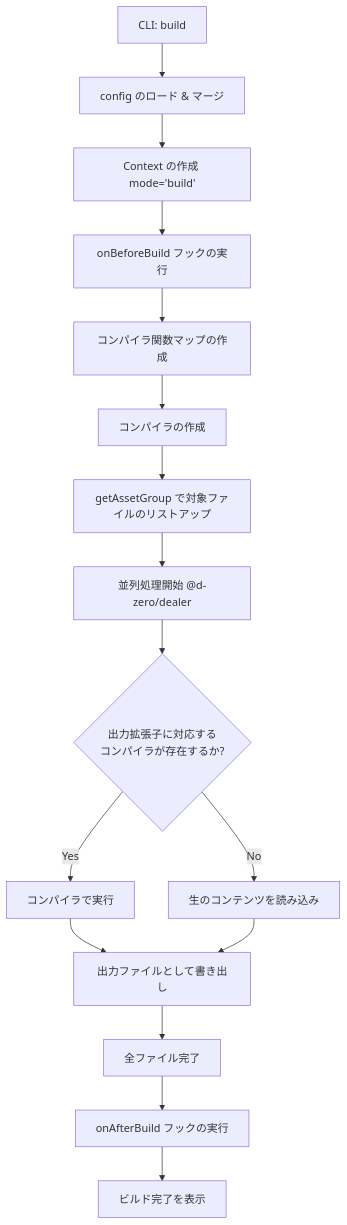
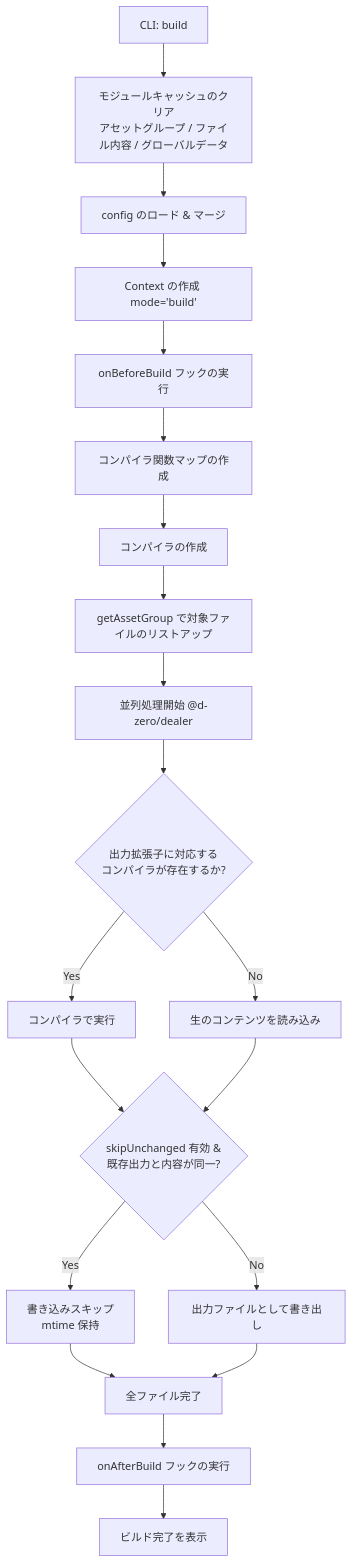
Before and after one commit to d-zero-dev/kamado: the first of 2 diagrams in packages/kamado/ARCHITECTURE.ja.md, drawn with Mermaid. The commit also changed other lines of this file and 3 other files, not shown here.

First line of the commit message:
docs(kamado): document caching layers, skip-unchanged, and benchmarking

````diff
--- a/packages/kamado/ARCHITECTURE.ja.md
+++ b/packages/kamado/ARCHITECTURE.ja.md
@@ -173,18 +173,22 @@
 ```mermaid
 graph TD
-    A[CLI: build] --> B[config のロード & マージ]
+    A[CLI: build] --> A2[モジュールキャッシュのクリア<br>アセットグループ / ファイル内容 / グローバルデータ]
+    A2 --> B[config のロード & マージ]
     B --> B2[Context の作成 mode='build']
     B2 --> C[onBeforeBuild フックの実行]
     C --> D[コンパイラ関数マップの作成]
     D --> D2[コンパイラの作成]
     D2 --> E[getAssetGroup で対象ファイルのリストアップ]
     E --> F[並列処理開始 @d-zero/dealer]
     F --> G{出力拡張子に対応する<br>コンパイラが存在するか?}
     G -- Yes --> H[コンパイラで実行]
     G -- No --> I[生のコンテンツを読み込み]
-    H --> J[出力ファイルとして書き出し]
+    H --> J{skipUnchanged 有効 &<br>既存出力と内容が同一?}
     I --> J
-    J --> K[全ファイル完了]
+    J -- Yes --> J2[書き込みスキップ<br>mtime 保持]
+    J -- No --> J3[出力ファイルとして書き出し]
+    J2 --> K[全ファイル完了]
+    J3 --> K
     K --> L[onAfterBuild フックの実行]
     L --> M[ビルド完了を表示]
 ```
````
